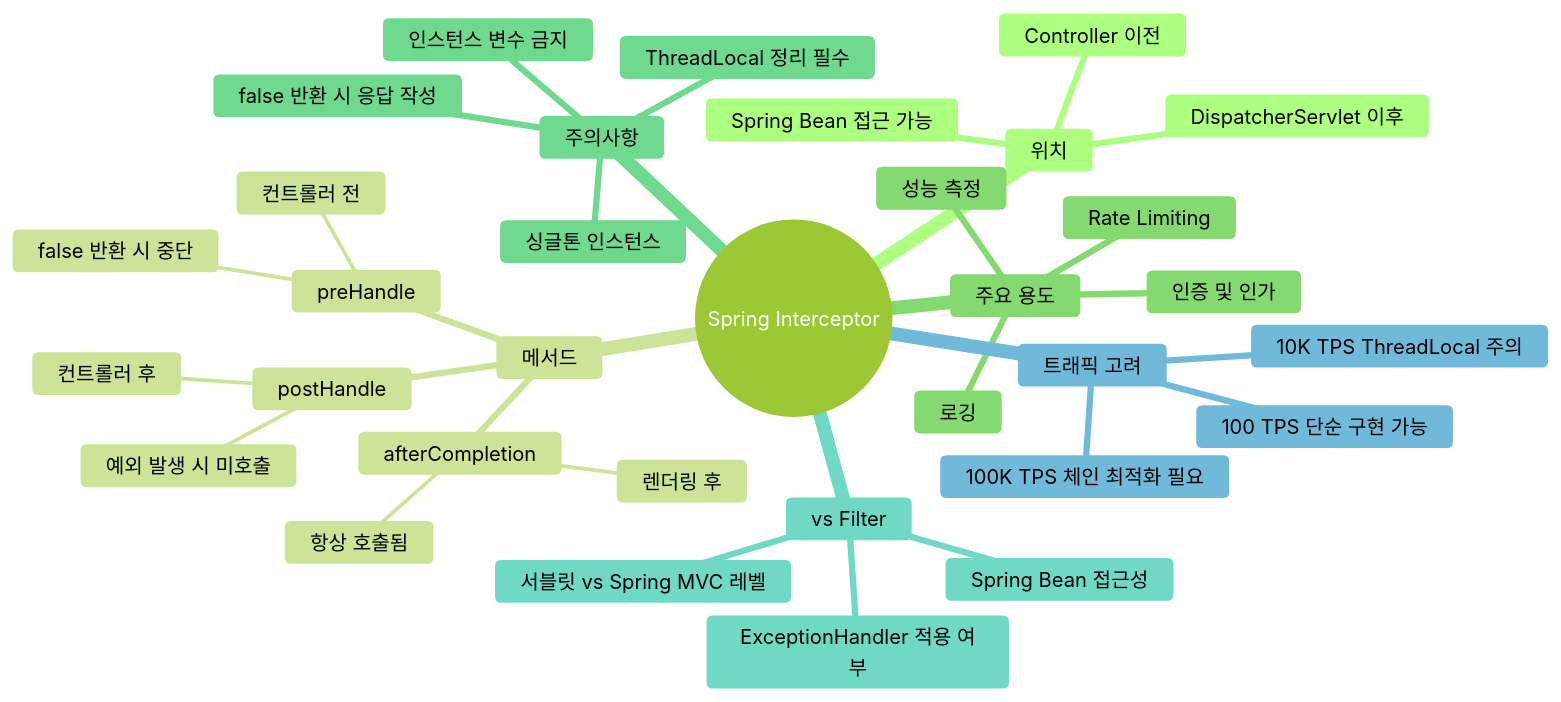
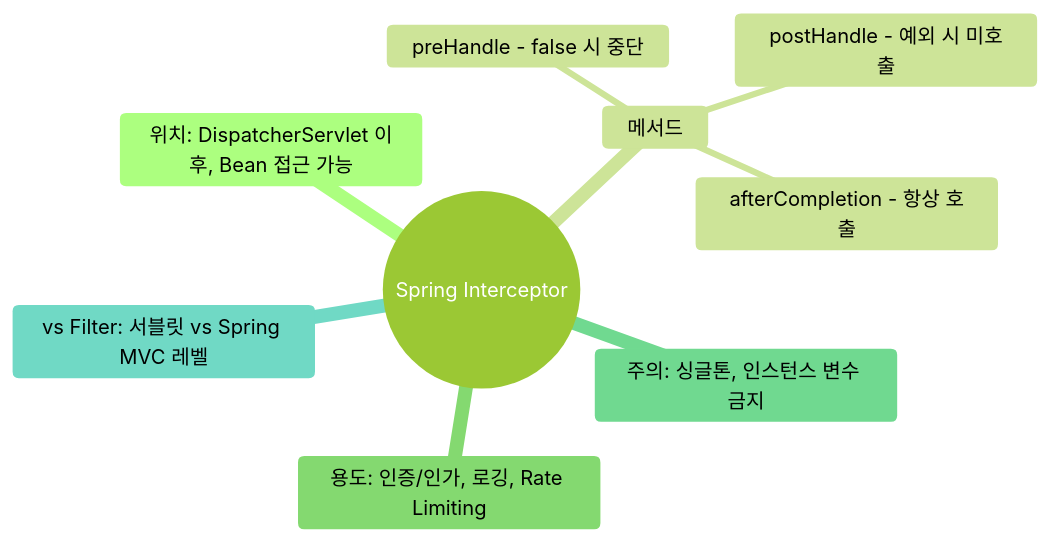
The eighth of 8 diagrams in _posts/spring/2026-05-02-spring-interceptor.md (yjkim2015/yjkim2015.github.io), drawn with Mermaid (forest theme) before and after one commit. The commit also changed other lines of this file and 215 other files, not shown here.

First line of the commit message:
신규 포스트 10개 추가 + Mermaid 전면 축소 + SystemDesign 시리즈 보강

````diff
--- a/_posts/spring/2026-05-02-spring-interceptor.md
+++ b/_posts/spring/2026-05-02-spring-interceptor.md
@@ -1433,36 +1346,12 @@
 ```mermaid
 mindmap
   root((Spring Interceptor))
-    위치
-      DispatcherServlet 이후
-      Controller 이전
-      Spring Bean 접근 가능
+    위치: DispatcherServlet 이후, Bean 접근 가능
     메서드
-      preHandle
-        컨트롤러 전
-        false 반환 시 중단
-      postHandle
-        컨트롤러 후
-        예외 발생 시 미호출
-      afterCompletion
-        렌더링 후
-        항상 호출됨
-    주요 용도
-      인증 및 인가
-      로깅
-      성능 측정
-      Rate Limiting
-    주의사항
-      싱글톤 인스턴스
-      인스턴스 변수 금지
-      ThreadLocal 정리 필수
-      false 반환 시 응답 작성
-    vs Filter
-      서블릿 vs Spring MVC 레벨
-      ExceptionHandler 적용 여부
-      Spring Bean 접근성
-    트래픽 고려
-      100 TPS 단순 구현 가능
-      10K TPS ThreadLocal 주의
-      100K TPS 체인 최적화 필요
+      preHandle - false 시 중단
+      postHandle - 예외 시 미호출
+      afterCompletion - 항상 호출
+    용도: 인증/인가, 로깅, Rate Limiting
+    주의: 싱글톤, 인스턴스 변수 금지
+    vs Filter: 서블릿 vs Spring MVC 레벨
 ```
````
